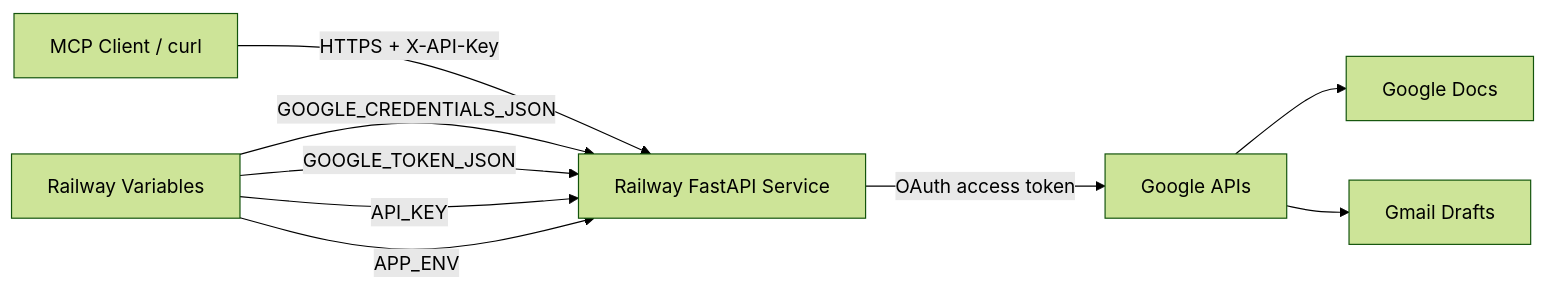
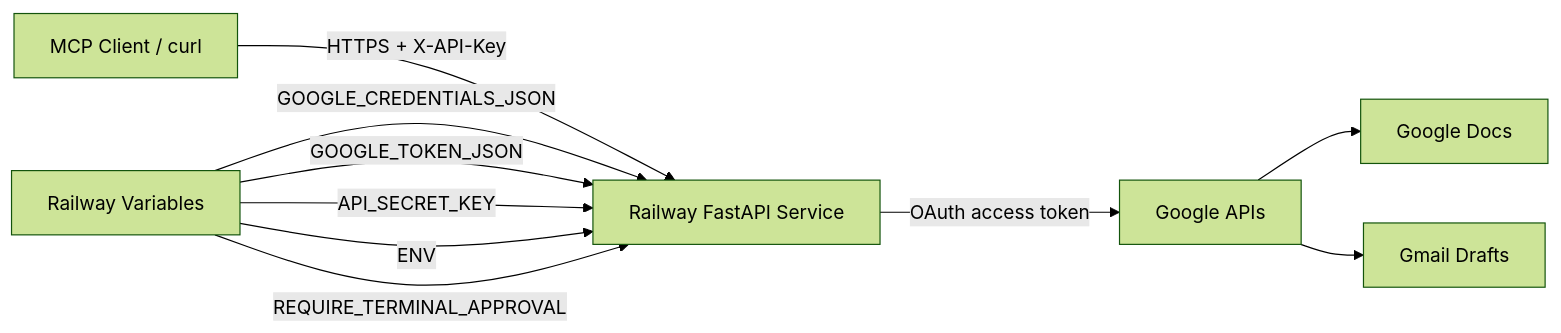
The diagram in DEPLOYMENT_PLAN.md (aayush13022/mcp-server-aayush), drawn with Mermaid (forest theme) before and after one commit. The commit also changed other lines of this file and 3 other files, not shown here.

First line of the commit message:
Align env var names with deploy guide and add REQUIRE_TERMINAL_APPROVAL

````diff
--- a/DEPLOYMENT_PLAN.md
+++ b/DEPLOYMENT_PLAN.md
@@ -33,12 +33,13 @@
 ```mermaid
 flowchart LR
     Client[MCP Client / curl] -->|HTTPS + X-API-Key| Railway[Railway FastAPI Service]
     Railway -->|OAuth access token| Google[Google APIs]
     Google --> Docs[Google Docs]
     Google --> Gmail[Gmail Drafts]
 
     Vars[Railway Variables] -->|GOOGLE_CREDENTIALS_JSON| Railway
     Vars -->|GOOGLE_TOKEN_JSON| Railway
-    Vars -->|API_KEY| Railway
-    Vars -->|APP_ENV| Railway
+    Vars -->|API_SECRET_KEY| Railway
+    Vars -->|ENV| Railway
+    Vars -->|REQUIRE_TERMINAL_APPROVAL| Railway
 ```
````
